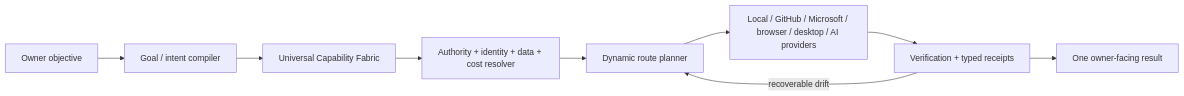
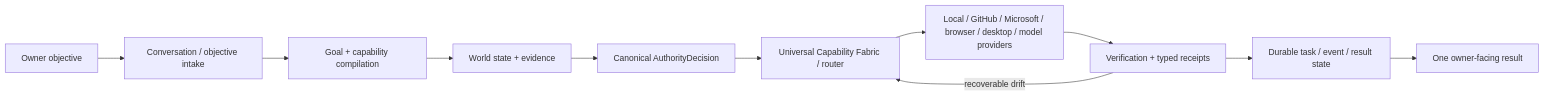
Before and after one commit to michaeljwilliams0123/mahoraga: the diagram in README.md, drawn with Mermaid. The commit also changed other lines of this file, not shown here.

Commit message:
docs: reconcile README with current Mahoraga architecture and Railway state

````diff
--- a/README.md
+++ b/README.md
@@ -14,11 +30,13 @@
 ```mermaid
 flowchart LR
-    O[Owner objective] --> G[Goal / intent compiler]
-    G --> U[Universal Capability Fabric]
-    U --> A[Authority + identity + data + cost resolver]
-    A --> R[Dynamic route planner]
-    R --> P[Local / GitHub / Microsoft / browser / desktop / AI providers]
+    O[Owner objective] --> I[Conversation / objective intake]
+    I --> G[Goal + capability compilation]
+    G --> W[World state + evidence]
+    W --> A[Canonical AuthorityDecision]
+    A --> R[Universal Capability Fabric / router]
+    R --> P[Local / GitHub / Microsoft / browser / desktop / model providers]
     P --> V[Verification + typed receipts]
+    V --> S[Durable task / event / result state]
+    S --> F[One owner-facing result]
     V -->|recoverable drift| R
-    V --> F[One owner-facing result]
 ```
````
